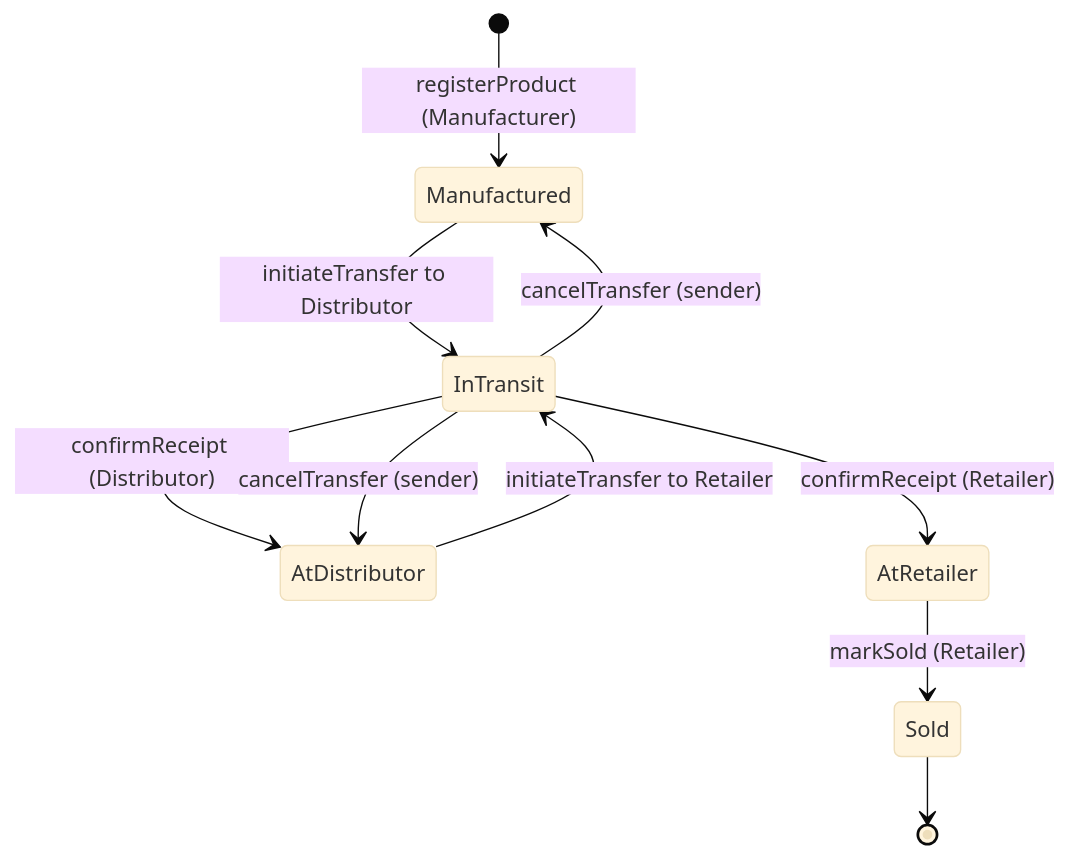
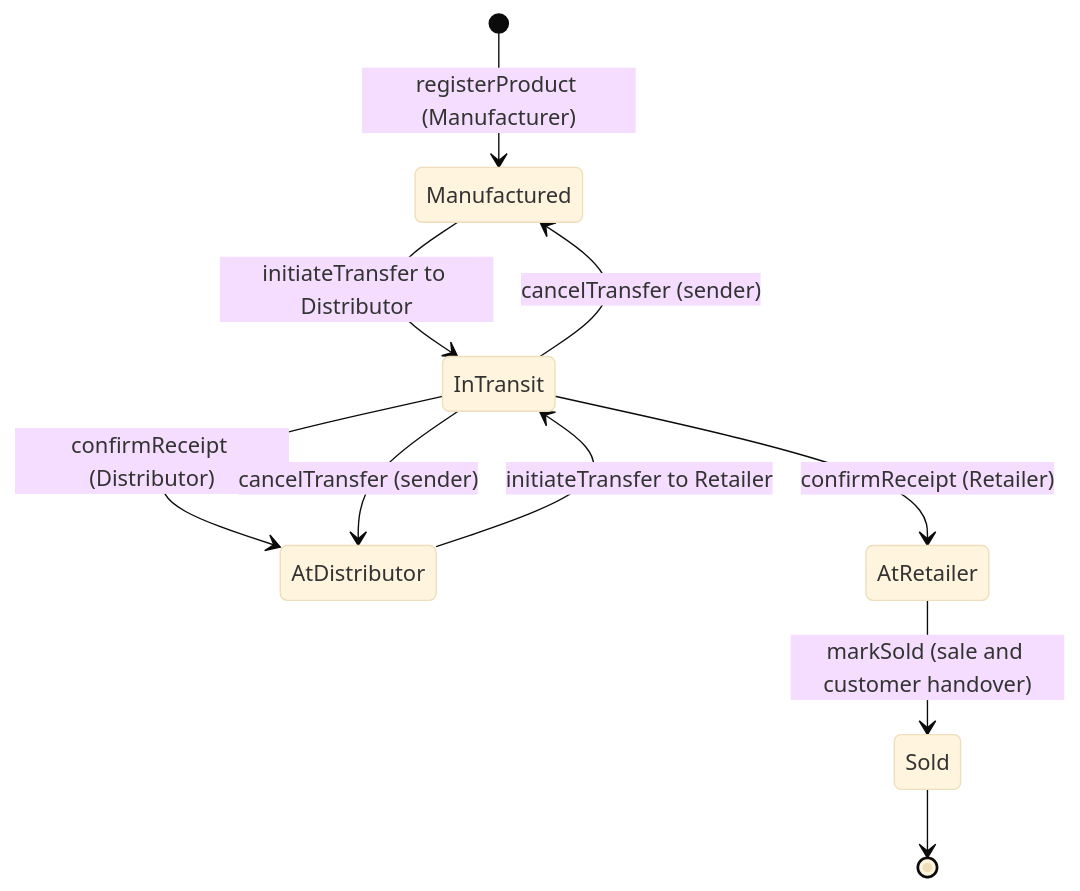
One commit to SushanthOO7/SportChain changed the second of 2 diagrams in docs/architecture.md. Above: the diagram before and after it, drawn with Mermaid (base theme). The commit also changed other lines of this file and 10 other files, not shown here.

````diff
--- a/docs/architecture.md
+++ b/docs/architecture.md
@@ -57,12 +57,12 @@
 ```mermaid
 stateDiagram-v2
     [*] --> Manufactured: registerProduct (Manufacturer)
     Manufactured --> InTransit: initiateTransfer to Distributor
     InTransit --> AtDistributor: confirmReceipt (Distributor)
     AtDistributor --> InTransit: initiateTransfer to Retailer
     InTransit --> AtRetailer: confirmReceipt (Retailer)
-    AtRetailer --> Sold: markSold (Retailer)
+    AtRetailer --> Sold: markSold (sale and customer handover)
     InTransit --> Manufactured: cancelTransfer (sender)
     InTransit --> AtDistributor: cancelTransfer (sender)
     Sold --> [*]
 ```
````
